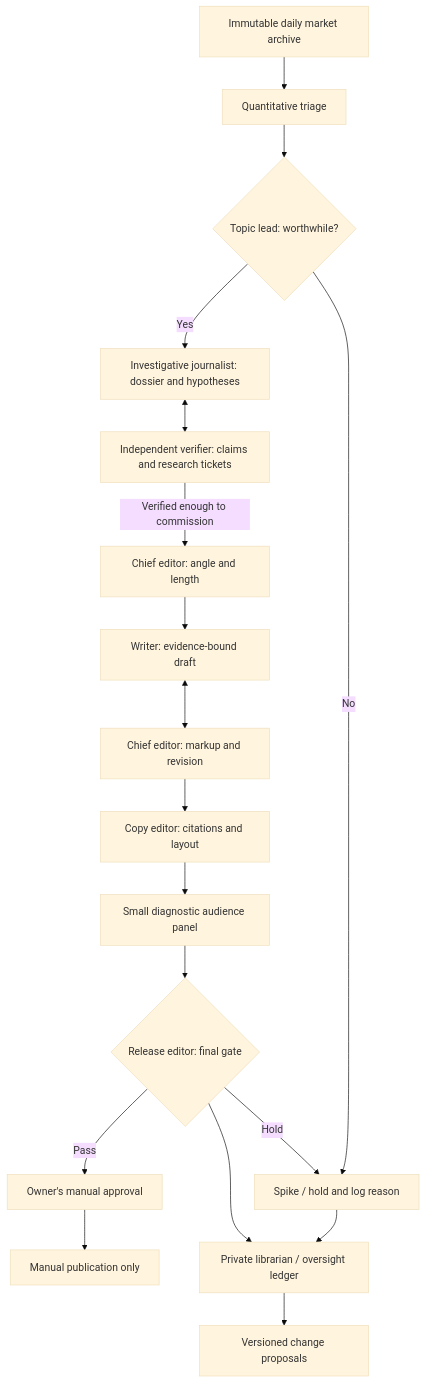
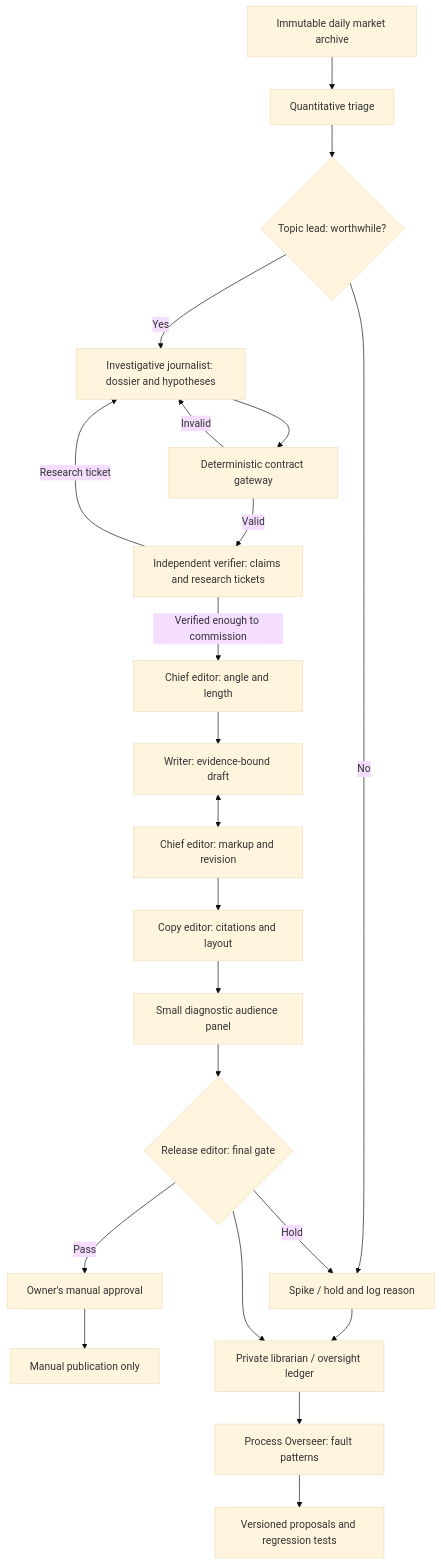
Before and after one commit to nolandrw/marketsignal: the diagram in docs/newsroom-v3.md, drawn with Mermaid (base theme). The commit also changed other lines of this file and 13 other files, not shown here.

````diff
--- a/docs/newsroom-v3.md
+++ b/docs/newsroom-v3.md
@@ -33,20 +33,24 @@
 ```mermaid
 flowchart TD
     A["Immutable daily market archive"] --> B["Quantitative triage"]
     B --> C{"Topic lead: worthwhile?"}
     C -->|No| X["Spike / hold and log reason"]
     C -->|Yes| D["Investigative journalist: dossier and hypotheses"]
-    D <--> E["Independent verifier: claims and research tickets"]
+    D --> V["Deterministic contract gateway"]
+    V -->|Valid| E["Independent verifier: claims and research tickets"]
+    V -->|Invalid| D
+    E -->|Research ticket| D
     E -->|Verified enough to commission| F["Chief editor: angle and length"]
     F --> G["Writer: evidence-bound draft"]
     G <--> H["Chief editor: markup and revision"]
     H --> I["Copy editor: citations and layout"]
     I --> J["Small diagnostic audience panel"]
     J --> K{"Release editor: final gate"}
     K -->|Hold| X
     K -->|Pass| L["Owner's manual approval"]
     L --> M["Manual publication only"]
     X --> N["Private librarian / oversight ledger"]
     K --> N
-    N --> O["Versioned change proposals"]
+    N --> O["Process Overseer: fault patterns"]
+    O --> P["Versioned proposals and regression tests"]
 ```
````
